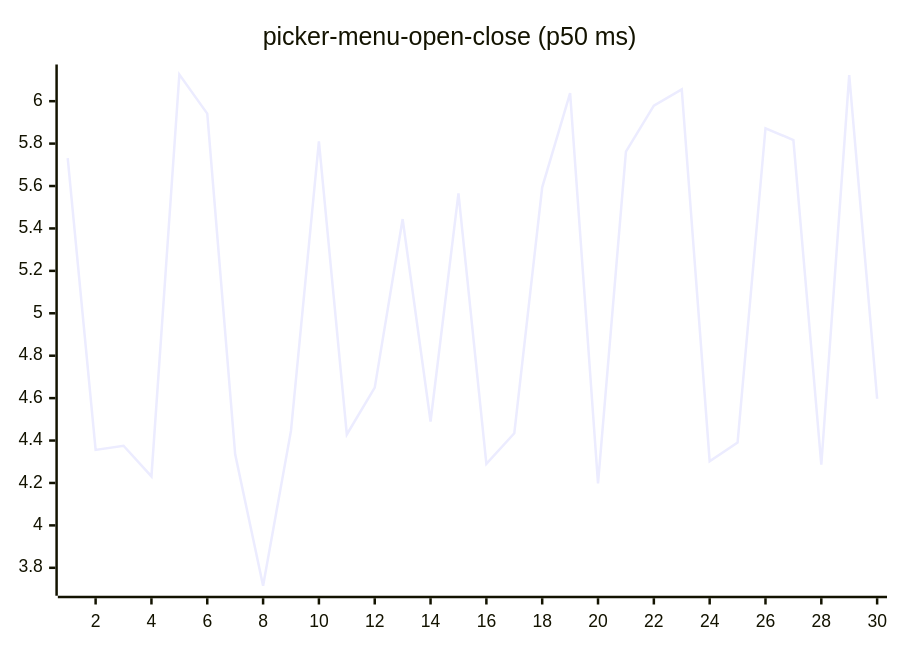
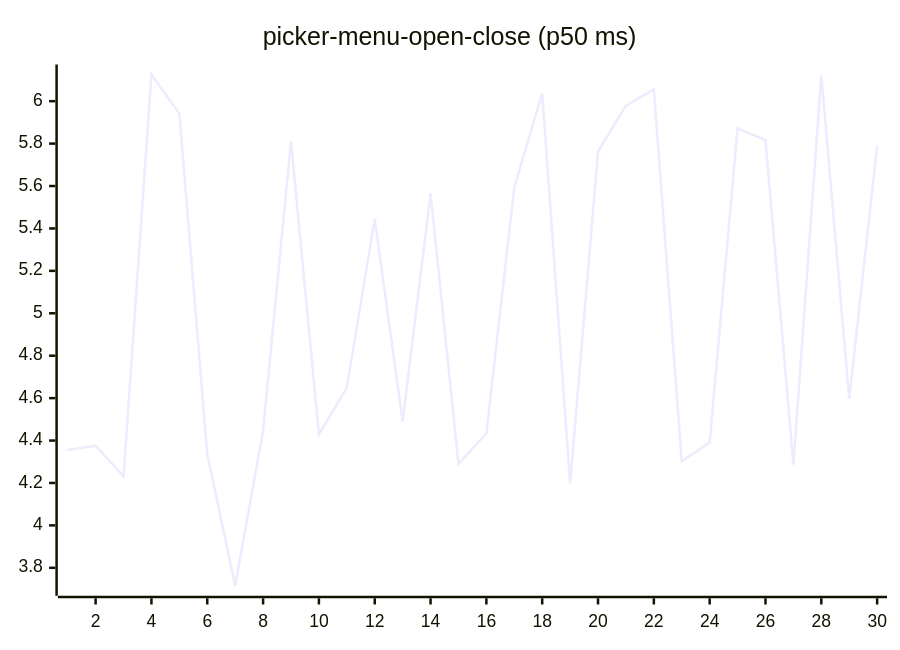
One commit to josha/Facet changed diagram 16 of 27 in README.md. Above: the diagram before and after it, drawn with Mermaid. The commit also changed other lines of this file and 2 other files, not shown here.

````diff
--- a/README.md
+++ b/README.md
@@ -168,6 +168,6 @@
 ```mermaid
 xychart-beta
     title "picker-menu-open-close (p50 ms)"
     x-axis 1 --> 30
-    line [5.7317, 4.3559, 4.3756, 4.2307, 6.1258, 5.9413, 4.3353, 3.7154, 4.4466, 5.8101, 4.4287, 4.6495, 5.4442, 4.4899, 5.5654, 4.2905, 4.4342, 5.5941, 6.0384, 4.1981, 5.7619, 5.9791, 6.0560, 4.3027, 4.3902, 5.8724, 5.8169, 4.2859, 6.1231, 4.5970]
+    line [4.3559, 4.3756, 4.2307, 6.1258, 5.9413, 4.3353, 3.7154, 4.4466, 5.8101, 4.4287, 4.6495, 5.4442, 4.4899, 5.5654, 4.2905, 4.4342, 5.5941, 6.0384, 4.1981, 5.7619, 5.9791, 6.0560, 4.3027, 4.3902, 5.8724, 5.8169, 4.2859, 6.1231, 4.5970, 5.7880]
 ```
````
